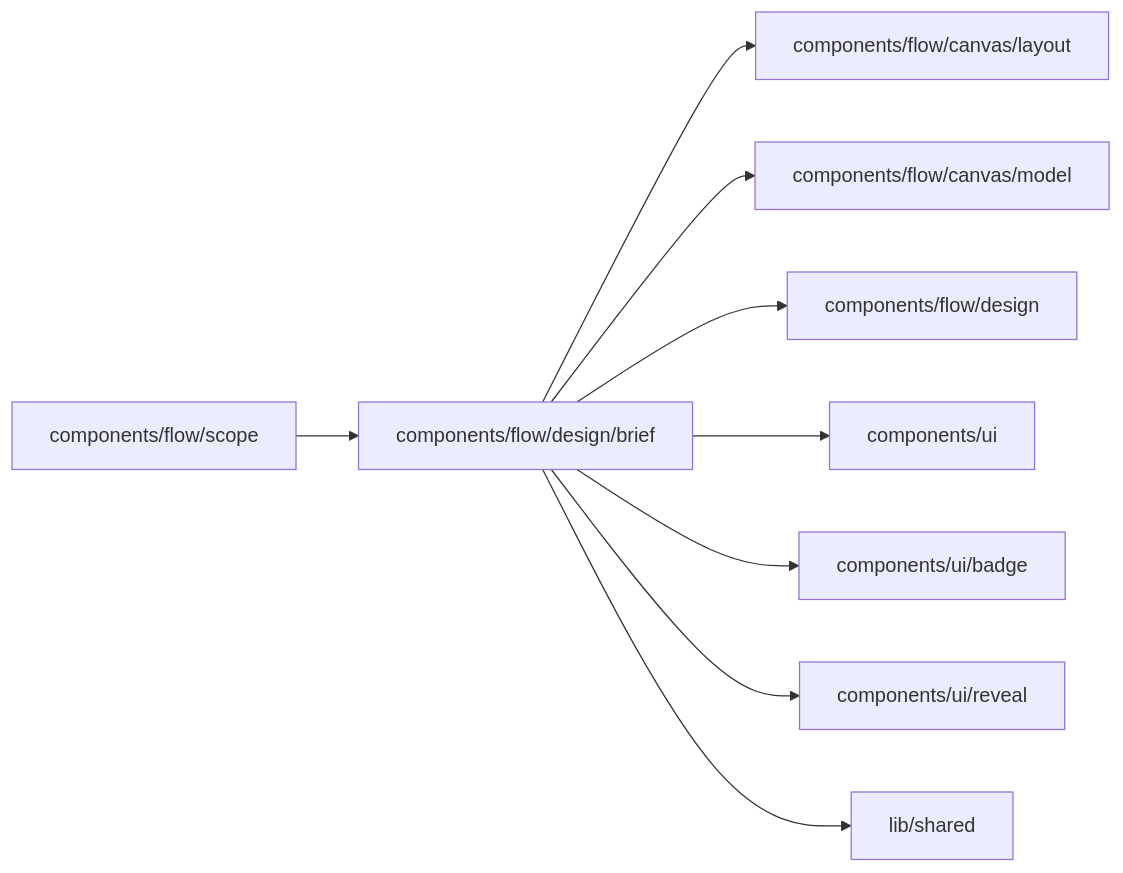
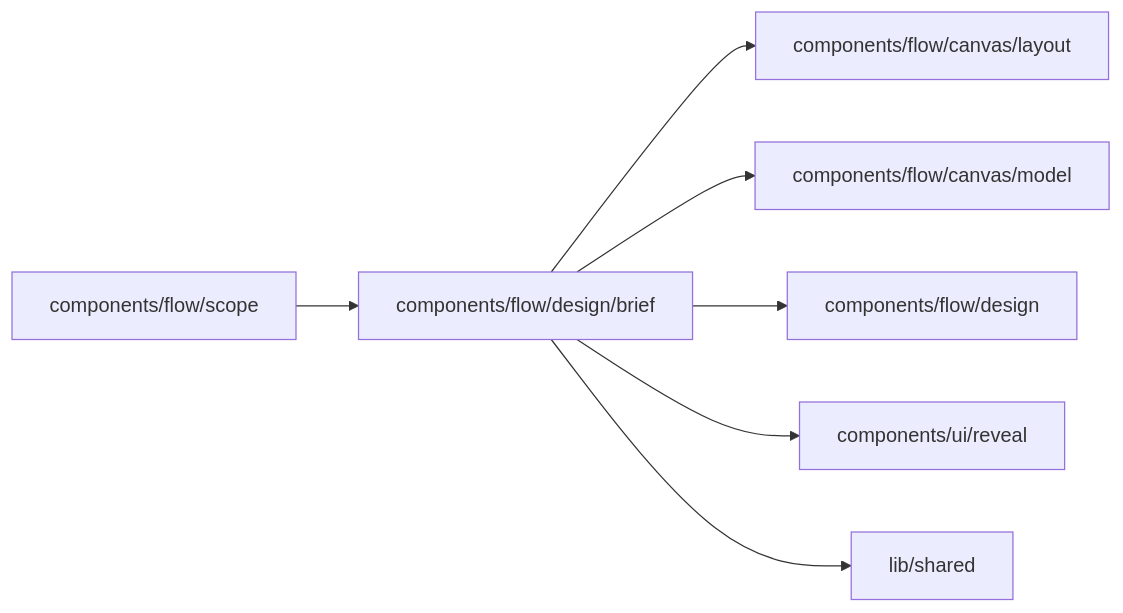
Before and after one commit to superdurable/superverse: the diagram in web/studio/components/flow/design/brief/README.md, drawn with Mermaid. The commit also changed other lines of this file and 42 other files, not shown here.

First line of the commit message:
FLOWTAB: The canvas leads the Flow tab, and the Brief becomes a transient summary line

````diff
--- a/web/studio/components/flow/design/brief/README.md
+++ b/web/studio/components/flow/design/brief/README.md
@@ -10,12 +10,10 @@
 ```mermaid
 flowchart LR
   self["components/flow/design/brief"]
   c0["components/flow/scope"] --> self
   self --> d0["components/flow/canvas/layout"]
   self --> d1["components/flow/canvas/model"]
   self --> d2["components/flow/design"]
-  self --> d3["components/ui"]
-  self --> d4["components/ui/badge"]
-  self --> d5["components/ui/reveal"]
-  self --> d6["lib/shared"]
+  self --> d3["components/ui/reveal"]
+  self --> d4["lib/shared"]
 ```
````
